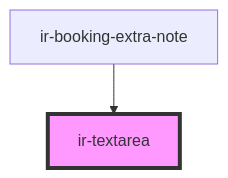
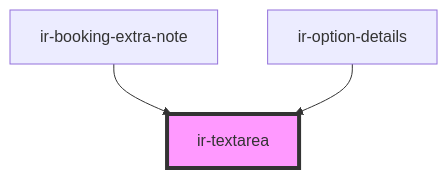
The diagram in src/components/ir-textarea/readme.md (David1Chowaifaty/modified-ir-webcmp), drawn with Mermaid before and after one commit. The commit also changed other lines of this file and 41 other files, not shown here.

````diff
--- a/src/components/ir-textarea/readme.md
+++ b/src/components/ir-textarea/readme.md
@@ -35,5 +37,6 @@
 ```mermaid
 graph TD;
   ir-booking-extra-note --> ir-textarea
+  ir-option-details --> ir-textarea
   style ir-textarea fill:#f9f,stroke:#333,stroke-width:4px
 ```
````
